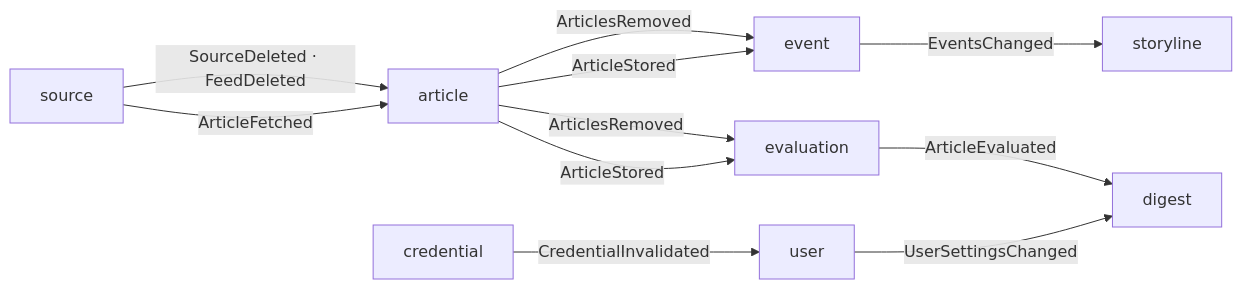
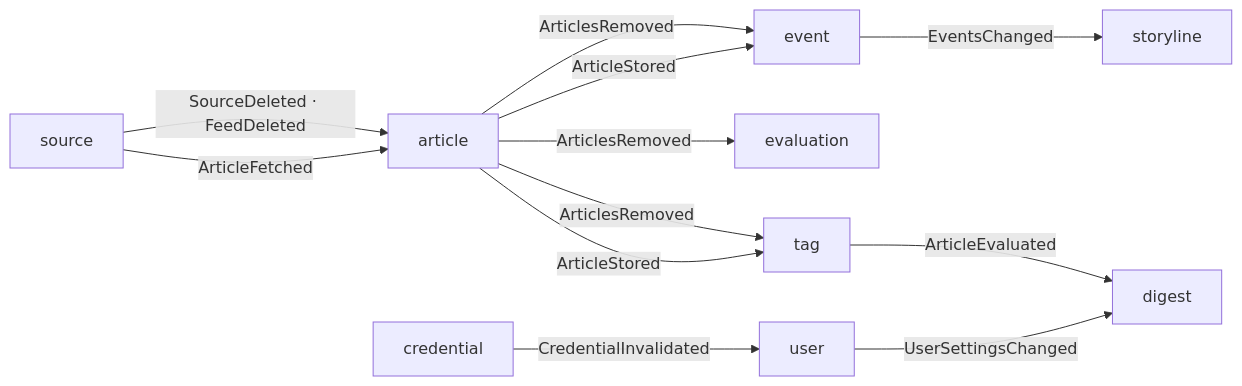
One commit to Theia0382/yozm-news changed the second of 2 diagrams in docs/overview.md. Above: the diagram before and after it, drawn with Mermaid. The commit also changed other lines of this file and 15 other files, not shown here.

````diff
--- a/docs/overview.md
+++ b/docs/overview.md
@@ -137,13 +138,14 @@
 ```mermaid
 flowchart LR
     source -- ArticleFetched --> article
     source -- SourceDeleted · FeedDeleted --> article
-    article -- ArticleStored --> evaluation
+    article -- ArticleStored --> tag
+    article -- ArticlesRemoved --> tag
     article -- ArticlesRemoved --> evaluation
     article -- ArticleStored --> event
     article -- ArticlesRemoved --> event
     event -- EventsChanged --> storyline
-    evaluation -- ArticleEvaluated --> digest
+    tag -- ArticleEvaluated --> digest
     user -- UserSettingsChanged --> digest
     credential -- CredentialInvalidated --> user
 ```
````
